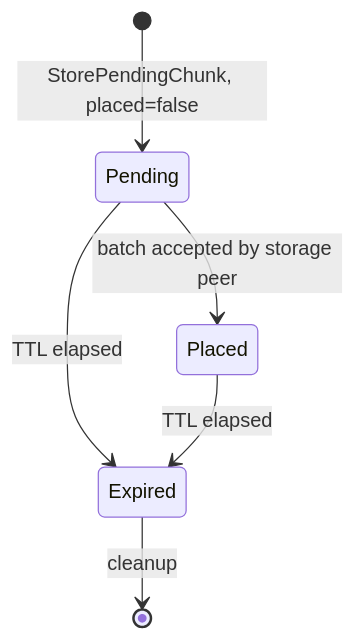
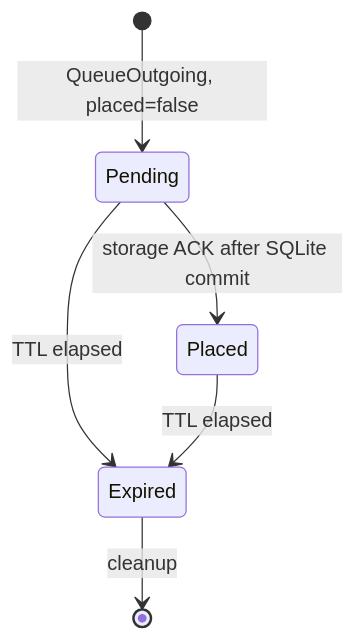
Before and after one commit to killbane1232/huginn-messenger: the eighth of 11 diagrams in docs/architecture.md, drawn with Mermaid. The commit also changed other lines of this file and 26 other files, not shown here.

````diff
--- a/docs/architecture.md
+++ b/docs/architecture.md
@@ -288,8 +309,8 @@
 ```mermaid
 stateDiagram-v2
-    [*] --> Pending: StorePendingChunk, placed=false
-    Pending --> Placed: batch accepted by storage peer
+    [*] --> Pending: QueueOutgoing, placed=false
+    Pending --> Placed: storage ACK after SQLite commit
     Pending --> Expired: TTL elapsed
     Placed --> Expired: TTL elapsed
     Expired --> [*]: cleanup
 ```
````
